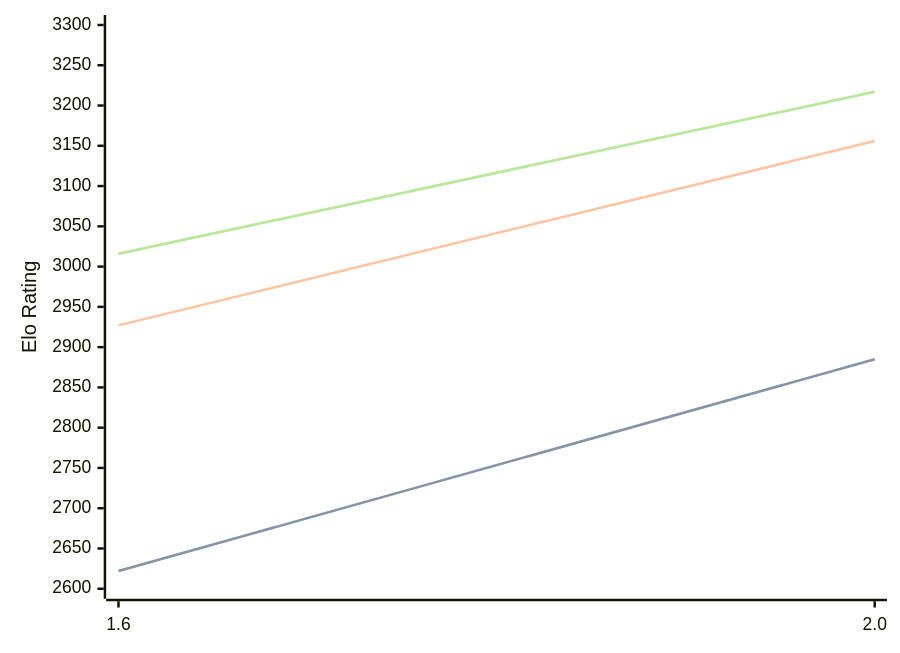
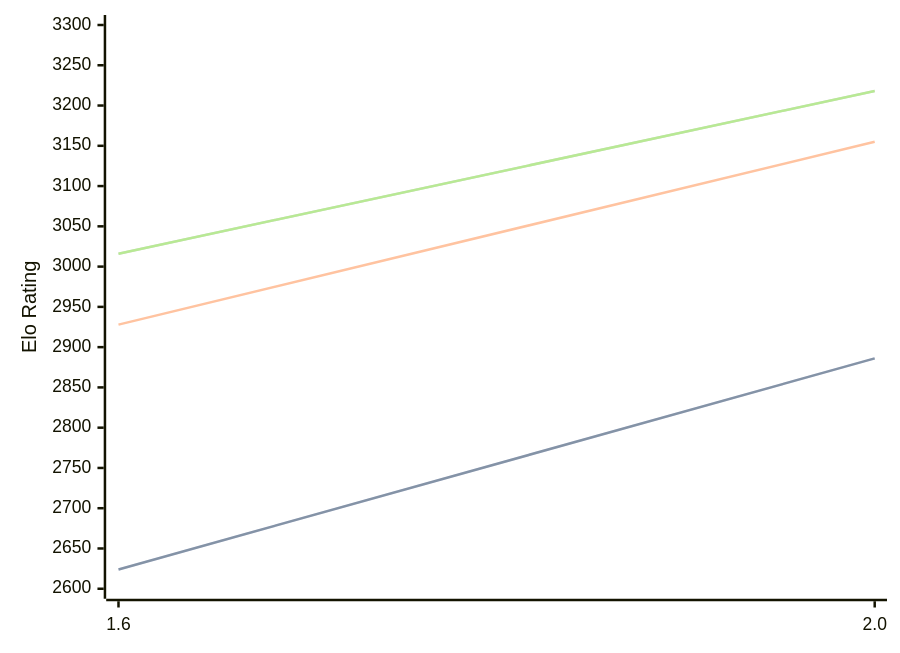
The diagram in engines/Onyx.md (computer-chess-index/cci), drawn with Mermaid before and after one commit. The commit also changed other lines of this file, not shown here.

Commit message:
Update CCI Ratings (ELO VLTC) - 2026-08-22

````diff
--- a/engines/Onyx.md
+++ b/engines/Onyx.md
@@ -32,11 +32,11 @@
 ```mermaid
 %%{init: {"theme":"base","themeVariables":{"seriesColors:['#a3a3a3','#222221','#faa371']}}}%%
 xychart-beta
   x-axis ["1.6", "2.0"]
   y-axis "Elo Rating" 2600 --> 3300
-  line "STC (8.0+0.08s)" [2622, 2885]
-  line "STC (8.0+0.08s)" [2622, 2885]
-  line "LTC (60.0+0.60s)" [2927, 3156]
-  line "VLTC (2m24s+1.12s)" [3016, 3217]
-  line "VLTC (2m24s+1.12s)" [3016, 3217]
+  line "STC (8.0+0.08s)" [2624, 2886]
+  line "STC (8.0+0.08s)" [2624, 2886]
+  line "LTC (60.0+0.60s)" [2928, 3155]
+  line "VLTC (2m24s+1.12s)" [3016, 3218]
+  line "VLTC (2m24s+1.12s)" [3016, 3218]
 ```
````
